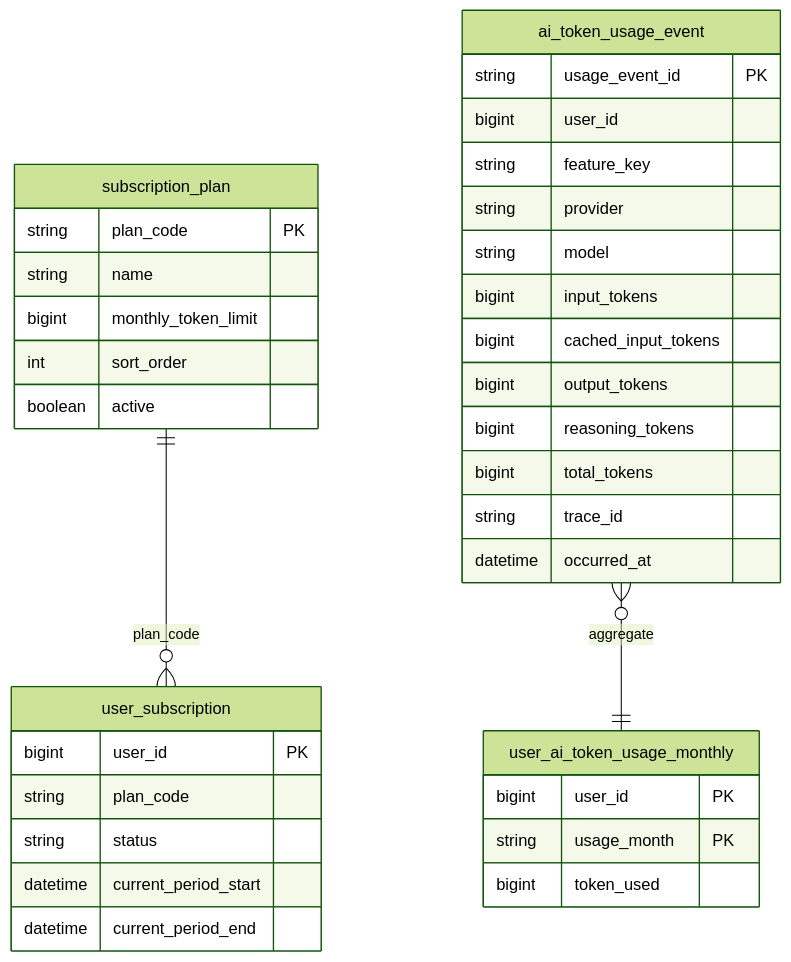
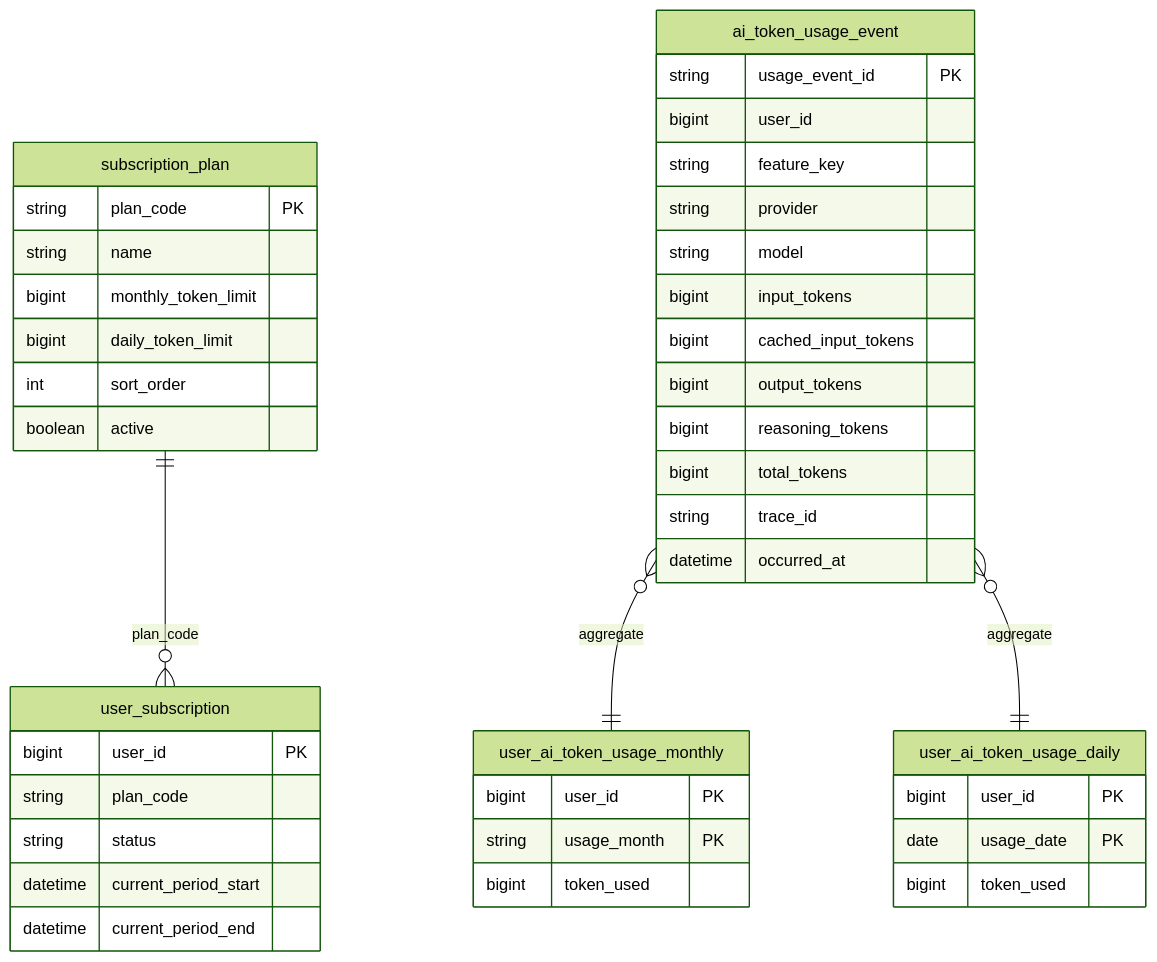
Before and after one commit to LiMing0016/personalenglishai: the second of 9 diagrams in docs/product/subscription/subscription-token-quota.md, drawn with Mermaid (forest theme). The commit also changed other lines of this file and 55 other files, not shown here.

````diff
--- a/docs/product/subscription/subscription-token-quota.md
+++ b/docs/product/subscription/subscription-token-quota.md
@@ -39,42 +55,50 @@
 ```mermaid
 erDiagram
   subscription_plan {
     string plan_code PK
     string name
     bigint monthly_token_limit
+    bigint daily_token_limit
     int sort_order
     boolean active
   }
 
   user_subscription {
     bigint user_id PK
     string plan_code
     string status
     datetime current_period_start
     datetime current_period_end
   }
 
   ai_token_usage_event {
     string usage_event_id PK
     bigint user_id
     string feature_key
     string provider
     string model
     bigint input_tokens
     bigint cached_input_tokens
     bigint output_tokens
     bigint reasoning_tokens
     bigint total_tokens
     string trace_id
     datetime occurred_at
   }
 
   user_ai_token_usage_monthly {
     bigint user_id PK
     string usage_month PK
     bigint token_used
   }
 
+  user_ai_token_usage_daily {
+    bigint user_id PK
+    date usage_date PK
+    bigint token_used
+  }
+
   subscription_plan ||--o{ user_subscription : "plan_code"
   ai_token_usage_event }o--|| user_ai_token_usage_monthly : "aggregate"
+  ai_token_usage_event }o--|| user_ai_token_usage_daily : "aggregate"
 ```
````
